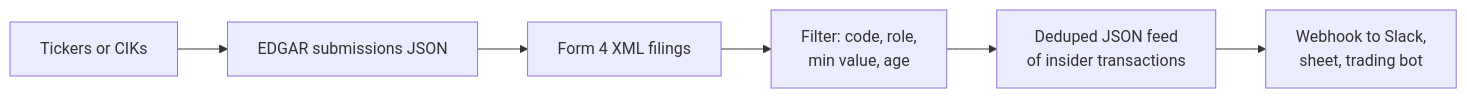
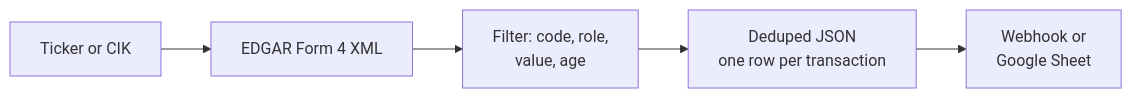
Before and after one commit to Ken-Mutisya/scrapemint: the first of 2 diagrams in actors/sec-form4-insider-tracker/README.md, drawn with Mermaid. The commit also changed other lines of this file, not shown here.

Commit message:
Tighten SEC Form 4 tracker README for organic search

````diff
--- a/actors/sec-form4-insider-tracker/README.md
+++ b/actors/sec-form4-insider-tracker/README.md
@@ -11,8 +11,7 @@
 ```mermaid
 flowchart LR
-    A[Tickers or CIKs] --> B[EDGAR submissions JSON]
-    B --> C[Form 4 XML filings]
-    C --> D[Filter: code, role,<br/>min value, age]
-    D --> E[Deduped JSON feed<br/>of insider transactions]
-    E --> F[Webhook to Slack,<br/>sheet, trading bot]
+    A[Ticker or CIK] --> B[EDGAR Form 4 XML]
+    B --> C[Filter: code, role,<br/>value, age]
+    C --> D[Deduped JSON<br/>one row per transaction]
+    D --> E[Webhook or<br/>Google Sheet]
 ```
````
